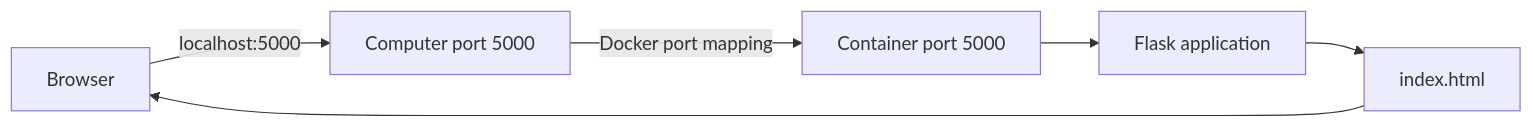
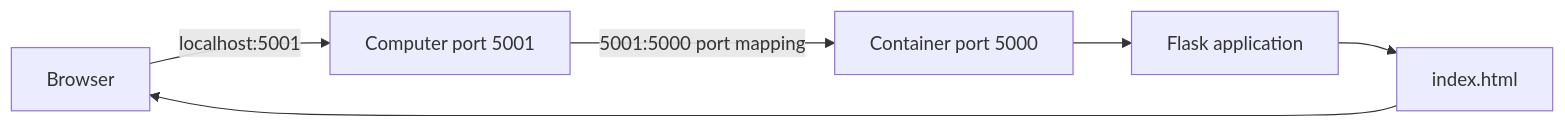
The diagram in README.md (zhargan-byte/flask-first-test), drawn with Mermaid before and after one commit. The commit also changed other lines of this file and 2 other files, not shown here.

````diff
--- a/README.md
+++ b/README.md
@@ -85,8 +115,8 @@
 ```mermaid
 flowchart LR
-    B[Browser] -->|localhost:5000| H[Computer port 5000]
-    H -->|Docker port mapping| C[Container port 5000]
+    B[Browser] -->|localhost:5001| H[Computer port 5001]
+    H -->|5001:5000 port mapping| C[Container port 5000]
     C --> F[Flask application]
     F --> T[index.html]
     T --> B
 ```
````
